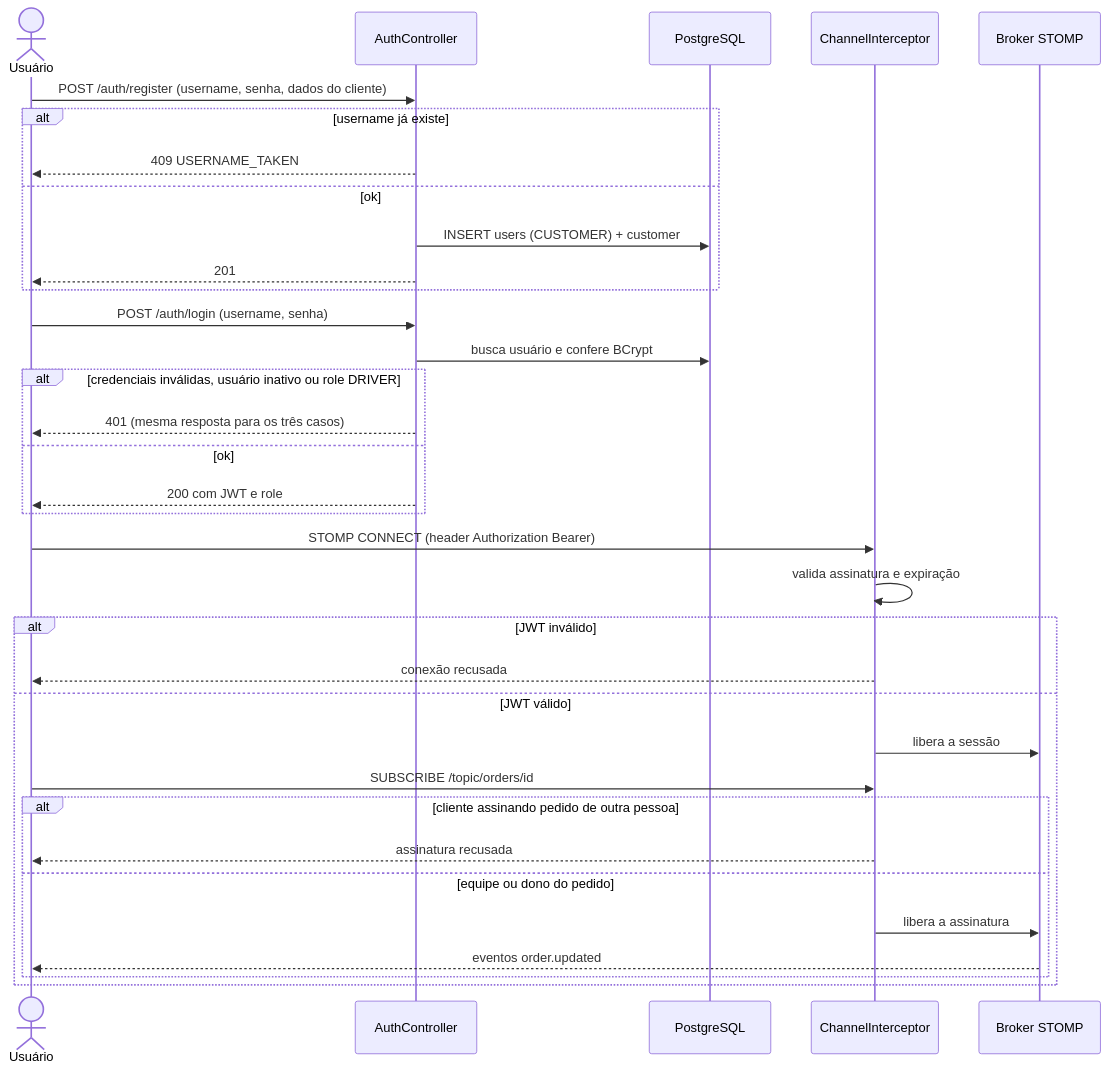
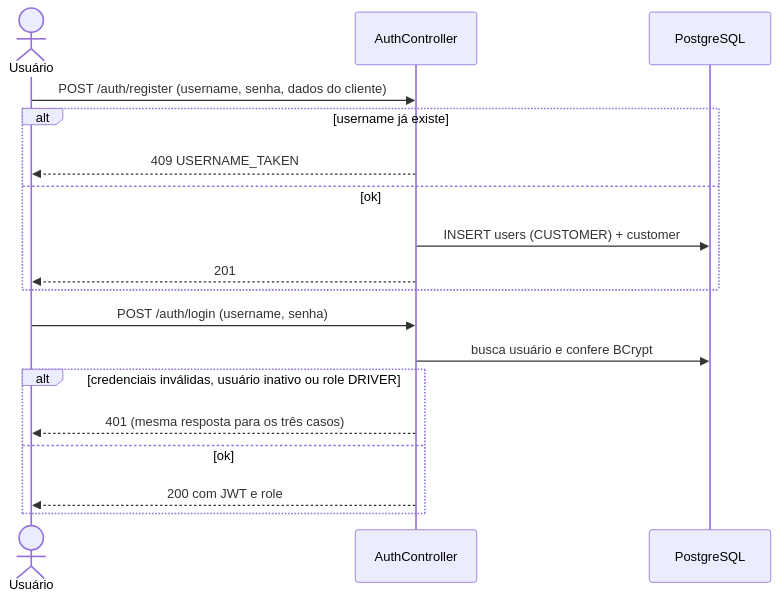
Before and after one commit to Edryck/kj-fleets: the diagram in docs/flows/flow-auth.md, drawn with Mermaid. The commit also changed other lines of this file and 8 other files, not shown here.

````diff
--- a/docs/flows/flow-auth.md
+++ b/docs/flows/flow-auth.md
@@ -7,39 +7,22 @@
 ```mermaid
 sequenceDiagram
     actor U as Usuário
     participant A as AuthController
     participant DB as PostgreSQL
-    participant I as ChannelInterceptor
-    participant B as Broker STOMP
-
     U->>A: POST /auth/register (username, senha, dados do cliente)
     alt username já existe
         A-->>U: 409 USERNAME_TAKEN
     else ok
         A->>DB: INSERT users (CUSTOMER) + customer
         A-->>U: 201
     end
 
     U->>A: POST /auth/login (username, senha)
     A->>DB: busca usuário e confere BCrypt
     alt credenciais inválidas, usuário inativo ou role DRIVER
         A-->>U: 401 (mesma resposta para os três casos)
     else ok
         A-->>U: 200 com JWT e role
     end
 
-    U->>I: STOMP CONNECT (header Authorization Bearer)
-    I->>I: valida assinatura e expiração
-    alt JWT inválido
-        I-->>U: conexão recusada
-    else JWT válido
-        I->>B: libera a sessão
-        U->>I: SUBSCRIBE /topic/orders/id
-        alt cliente assinando pedido de outra pessoa
-            I-->>U: assinatura recusada
-        else equipe ou dono do pedido
-            I->>B: libera a assinatura
-            B-->>U: eventos order.updated
-        end
-    end
 ```
````
